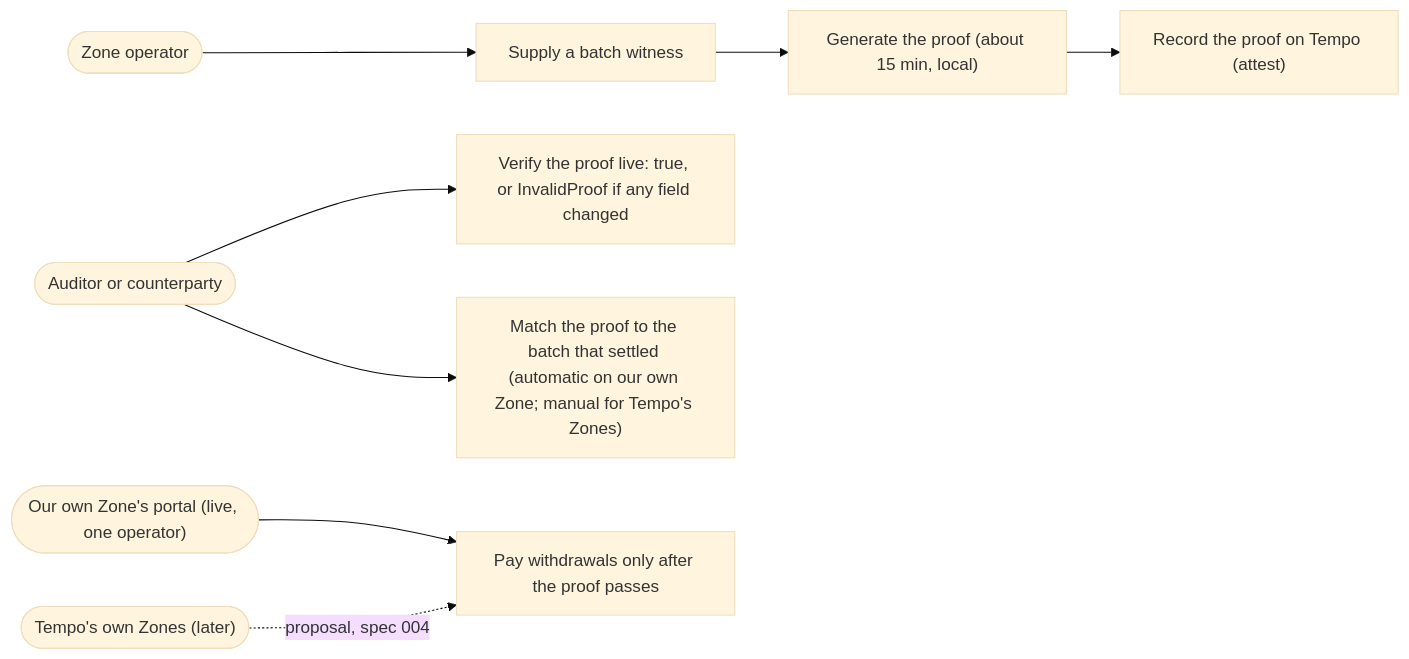
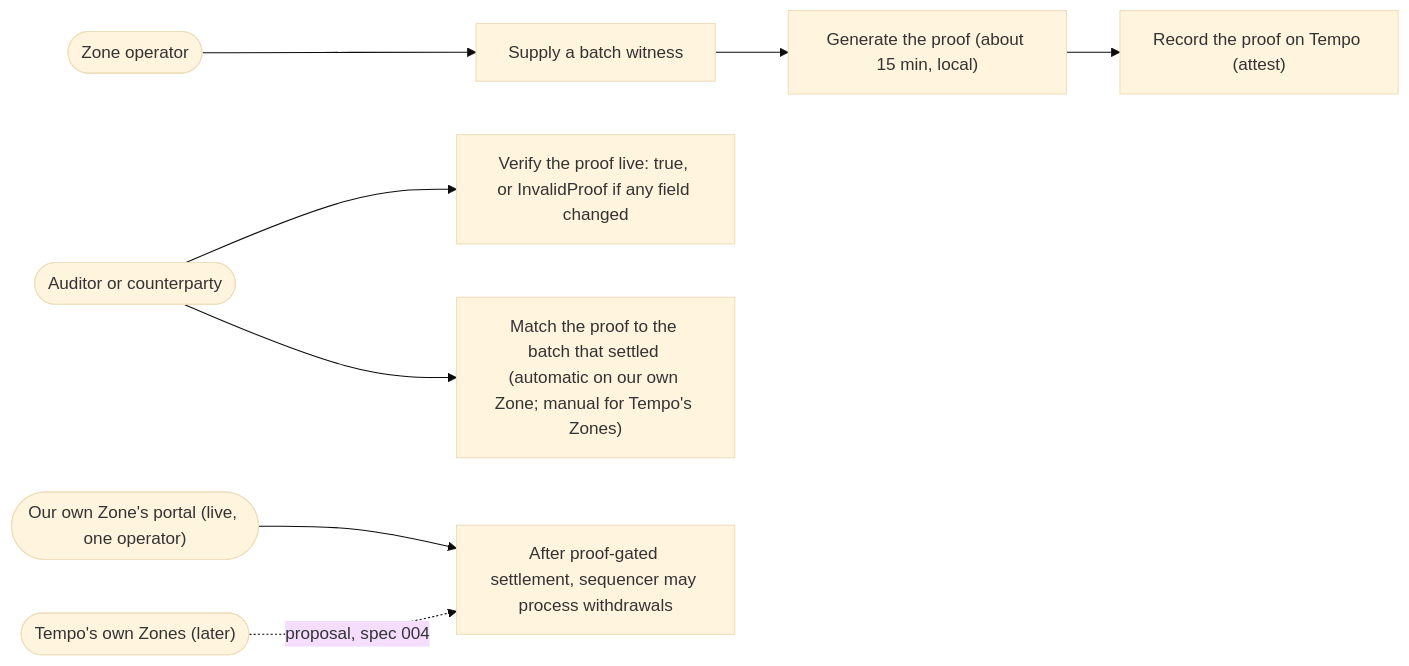
The second of 3 diagrams in README.md (psyto/sworn), drawn with Mermaid (base theme) before and after one commit. The commit also changed other lines of this file and 4 other files, not shown here.

Commit message:
Codex wording on text surfaces only: the sequencer separately pays the withdrawal; proof-gated settlement (README, page, criteria map, YouTube descriptions). Video scripts unchanged so they match the narrated finals

````diff
--- a/README.md
+++ b/README.md
@@ -101,18 +101,18 @@
 ```mermaid
 flowchart LR
   O(["Zone operator"])
   A(["Auditor or counterparty"])
   OZ(["Our own Zone's portal (live, one operator)"])
   TP(["Tempo's own Zones (later)"])
   U1["Supply a batch witness"]
   U2["Generate the proof (about 15 min, local)"]
   U3["Record the proof on Tempo (attest)"]
   U4["Verify the proof live: true, or InvalidProof if any field changed"]
   U5["Match the proof to the batch that settled (automatic on our own Zone; manual for Tempo's Zones)"]
-  U6["Pay withdrawals only after the proof passes"]
+  U6["After proof-gated settlement, sequencer may process withdrawals"]
   O --> U1 --> U2 --> U3
   A --> U4
   A --> U5
   OZ --> U6
   TP -.->|"proposal, spec 004"| U6
 ```
````
